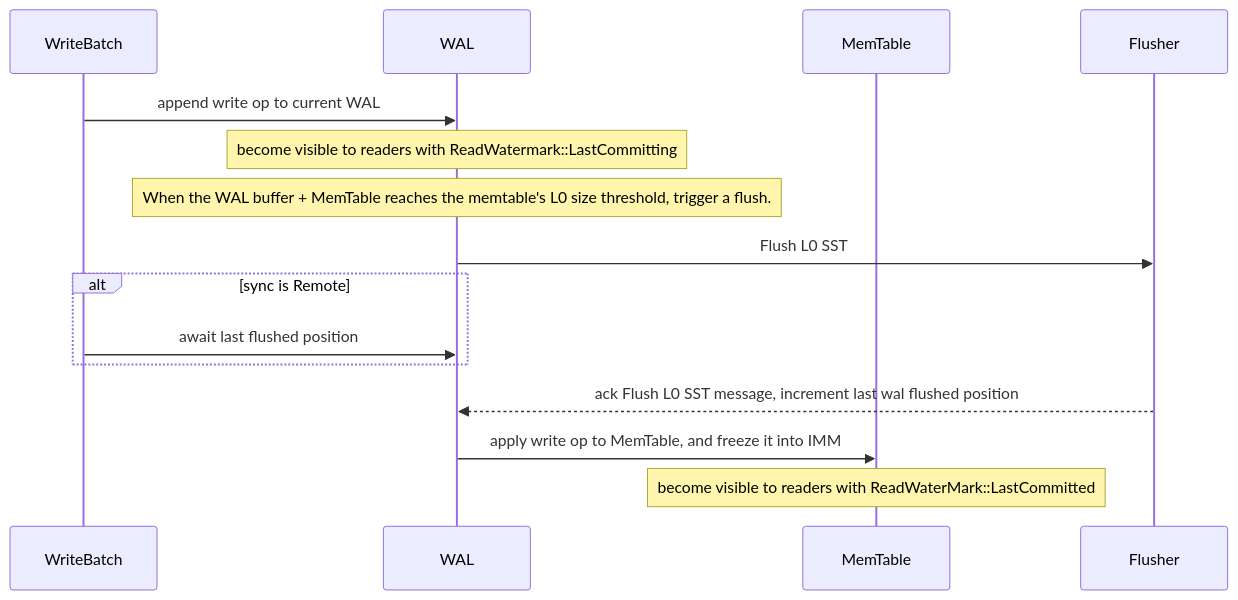
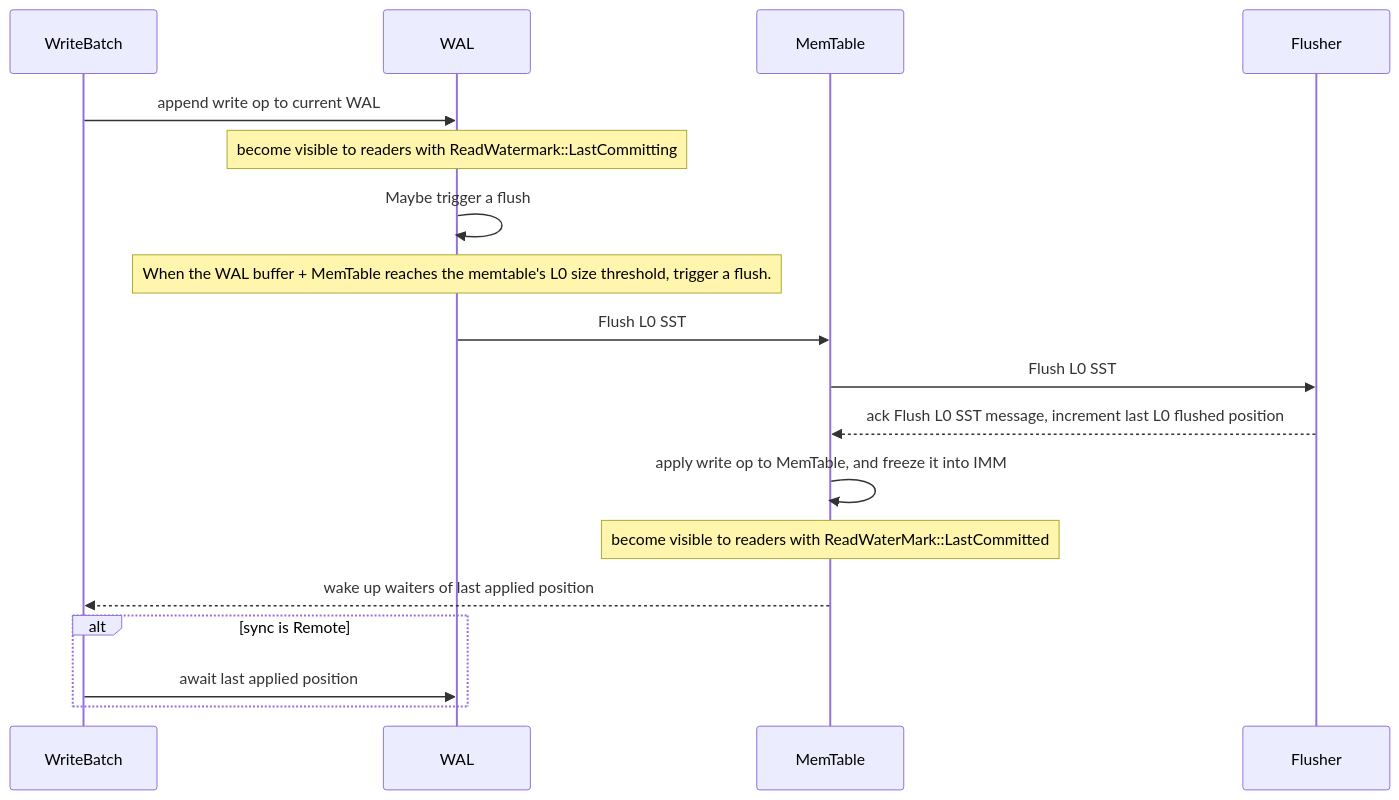
Before and after one commit to slatedb/slatedb: the fourth of 4 diagrams in rfcs/0007-synchronous-commit.md, drawn with Mermaid. The commit also changed other lines of this file, not shown here.

Commit message:
tune the diagram

````diff
--- a/rfcs/0007-synchronous-commit.md
+++ b/rfcs/0007-synchronous-commit.md
@@ -362,22 +371,27 @@
 ```mermaid
 sequenceDiagram
     participant WriteBatch
     participant WAL
     participant MemTable
     participant Flusher
 
     WriteBatch->>WAL: append write op to current WAL
     Note over WAL: become visible to readers with ReadWatermark::LastCommitting
 
+    WAL->>WAL: Maybe trigger a flush
     Note over WAL: When the WAL buffer + MemTable reaches the memtable's L0 size threshold, trigger a flush.
-    WAL->>Flusher: Flush L0 SST
+
+    WAL->>MemTable: Flush L0 SST
+    MemTable->>Flusher: Flush L0 SST
+
+    Flusher-->>MemTable: ack Flush L0 SST message, increment last L0 flushed position
+
+    MemTable->>MemTable: apply write op to MemTable, and freeze it into IMM
+    Note over MemTable: become visible to readers with ReadWaterMark::LastCommitted 
+
+    MemTable-->>WriteBatch: wake up waiters of last applied position
 
     alt sync is Remote
-        WriteBatch->>WAL: await last flushed position
+        WriteBatch->>WAL: await last applied position
     end
-
-    Flusher-->>WAL: ack Flush L0 SST message, increment last wal flushed position
-
-    WAL->>MemTable: apply write op to MemTable, and freeze it into IMM
-    Note over MemTable: become visible to readers with ReadWaterMark::LastCommitted 
 ```
````
